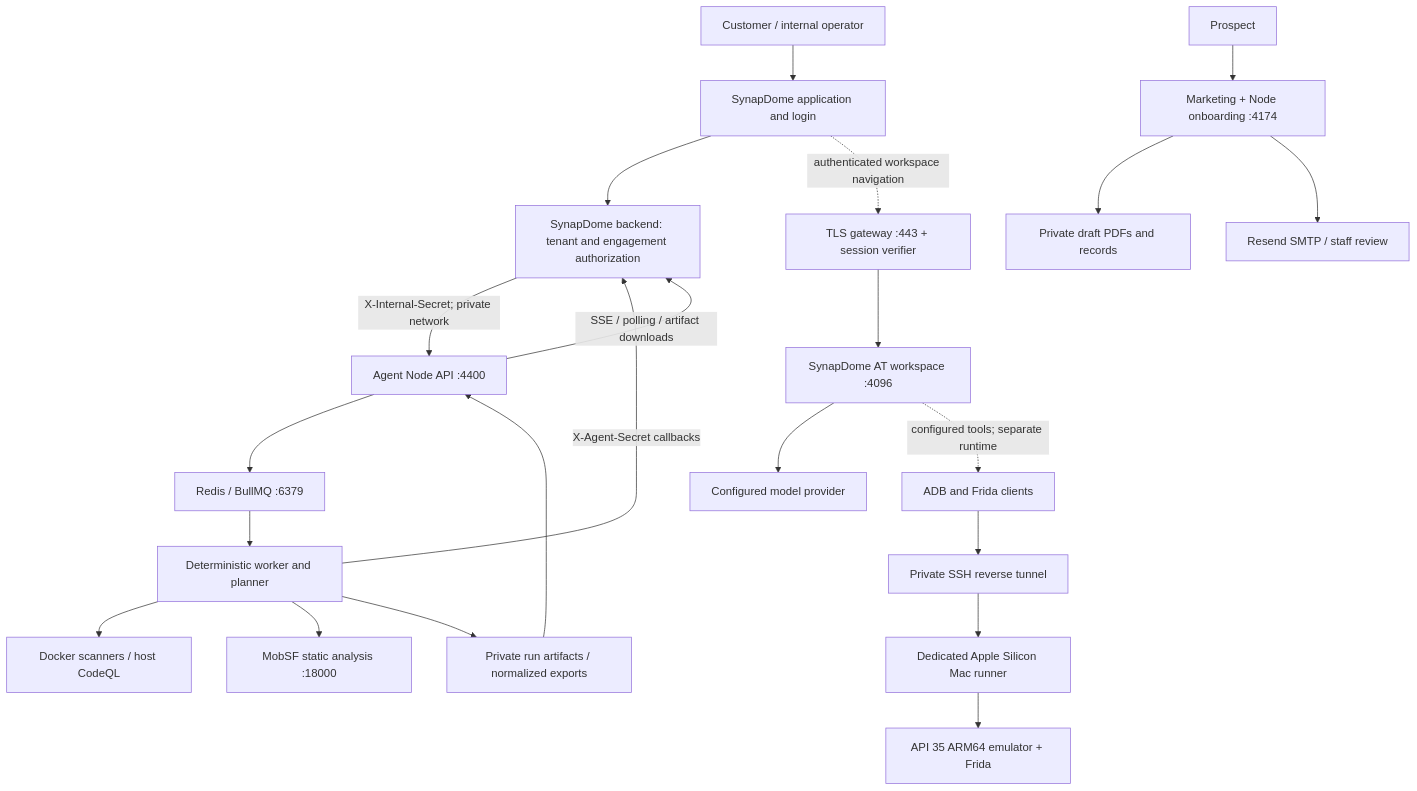
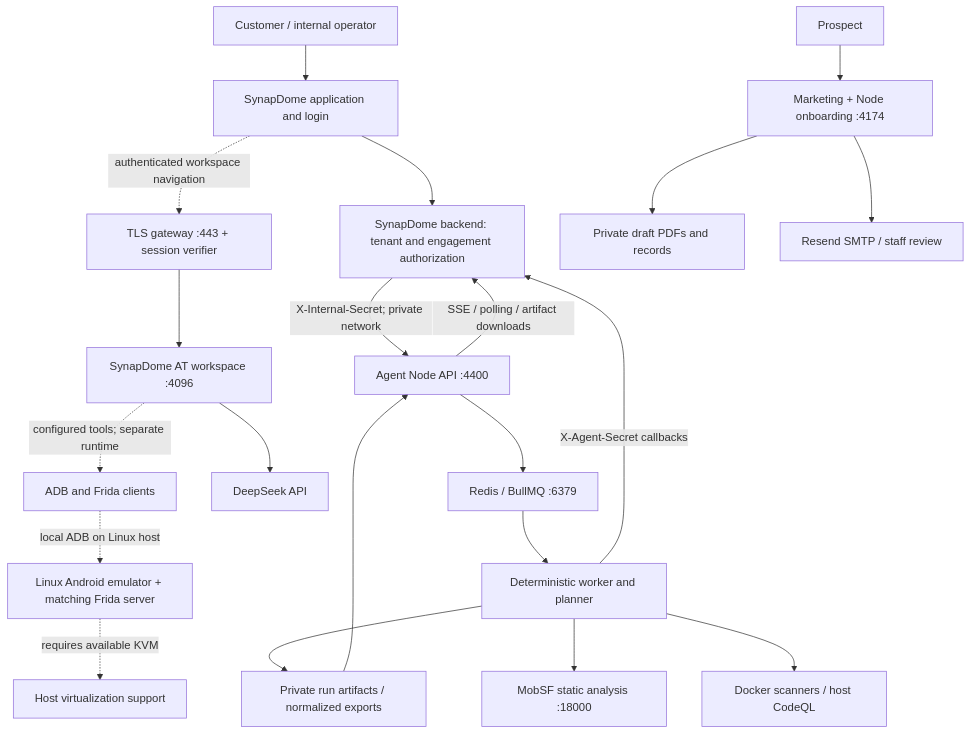
The diagram in docs/redteam-architecture.md (Ifex370/redteam-agent-node), drawn with Mermaid before and after one commit. The commit also changed other lines of this file and 3 other files, not shown here.

Commit message:
Document Linux-local mobile topology and support x86_64 Frida provisioning

````diff
--- a/docs/redteam-architecture.md
+++ b/docs/redteam-architecture.md
@@ -5,24 +5,23 @@
 ```mermaid
 flowchart TB
   User[Customer / internal operator] --> Main[SynapDome application and login]
   Main --> Backend[SynapDome backend: tenant and engagement authorization]
   Backend -->|X-Internal-Secret; private network| API[Agent Node API :4400]
   API --> Queue[Redis / BullMQ :6379]
   Queue --> Worker[Deterministic worker and planner]
   Worker --> Scanners[Docker scanners / host CodeQL]
   Worker --> MobSF[MobSF static analysis :18000]
   Worker --> Evidence[Private run artifacts / normalized exports]
   Evidence --> API
   Worker -->|X-Agent-Secret callbacks| Backend
   API -->|SSE / polling / artifact downloads| Backend
   Main -. authenticated workspace navigation .-> Gateway[TLS gateway :443 + session verifier]
   Gateway --> AT[SynapDome AT workspace :4096]
-  AT --> Model[Configured model provider]
+  AT --> Model[DeepSeek API]
   AT -. configured tools; separate runtime .-> LabClient[ADB and Frida clients]
-  LabClient --> Tunnel[Private SSH reverse tunnel]
-  Tunnel --> Mac[Dedicated Apple Silicon Mac runner]
-  Mac --> Android[API 35 ARM64 emulator + Frida]
+  LabClient -. local ADB on Linux host .-> Android[Linux Android emulator + matching Frida server]
+  Android -. requires available KVM .-> KVM[Host virtualization support]
   Prospect[Prospect] --> Intake[Marketing + Node onboarding :4174]
   Intake --> PrivatePDF[Private draft PDFs and records]
   Intake --> SMTP[Resend SMTP / staff review]
 ```
````
